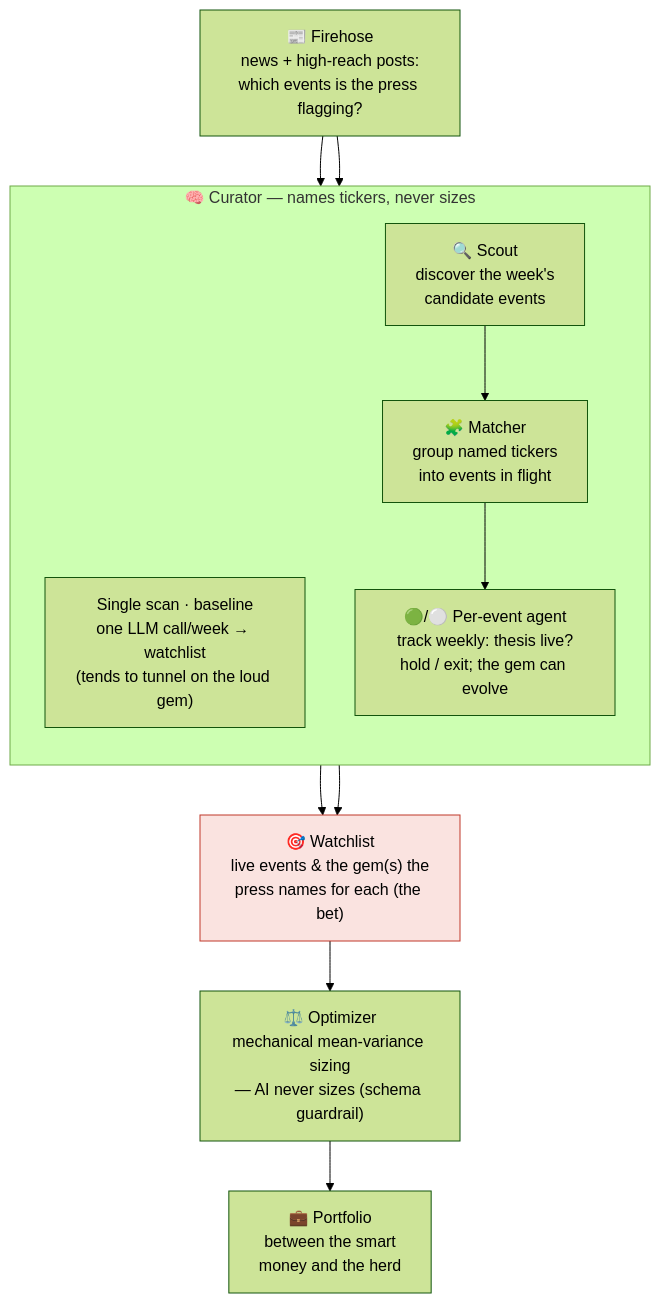
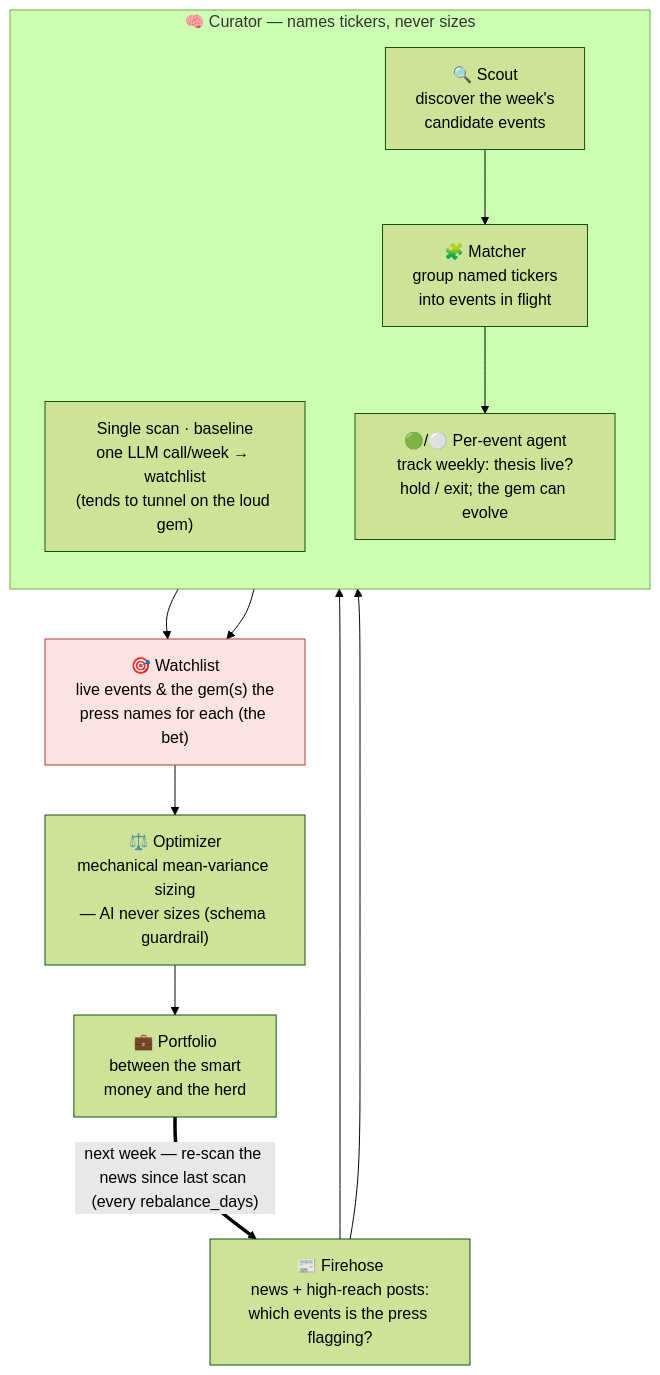
One commit to joehahn/geo-herd-rider changed the diagram in README.md. Above: the diagram before and after it, drawn with Mermaid (forest theme). The commit also changed other lines of this file, not shown here.

First line of the commit message:
README: show the weekly time-stepping loop in the diagram

````diff
--- a/README.md
+++ b/README.md
@@ -22,26 +22,27 @@
 ```mermaid
 flowchart TD
     S["📰 Firehose<br/>news + high-reach posts:<br/>which events is the press flagging?"]
 
     subgraph CUR["🧠 Curator — names tickers, never sizes"]
       direction TB
       SS["Single scan · baseline<br/>one LLM call/week → watchlist<br/>(tends to tunnel on the loud gem)"]
       SC["🔍 Scout<br/>discover the week's<br/>candidate events"]
       MA["🧩 Matcher<br/>group named tickers<br/>into events in flight"]
       AG["🟢/⚪ Per-event agent<br/>track weekly: thesis live?<br/>hold / exit; the gem can evolve"]
       SC --> MA --> AG
     end
 
     E["🎯 Watchlist<br/>live events & the gem(s) the<br/>press names for each (the bet)"]
     W["⚖️ Optimizer<br/>mechanical mean-variance sizing<br/>— AI never sizes (schema guardrail)"]
     B["💼 Portfolio<br/>between the smart<br/>money and the herd"]
 
     S --> SS
     S --> SC
     SS --> E
     AG --> E
     E --> W --> B
+    B == "next week — re-scan the news since last scan (every rebalance_days)" ==> S
 
     classDef bet fill:#fae3e0,stroke:#c0392b;
     class E bet
 ```
````
